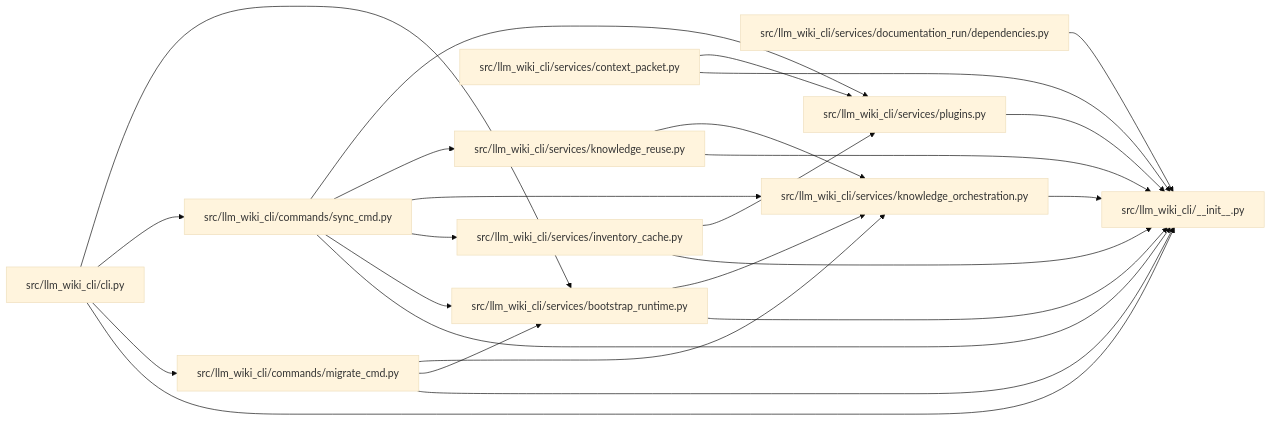
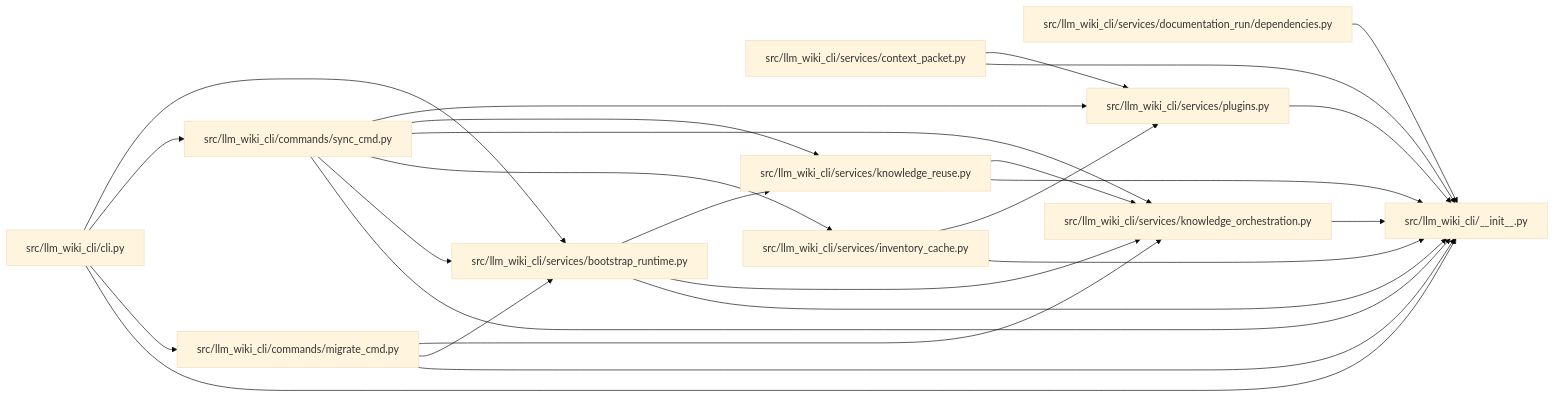
Before and after one commit to Denissvgn/python-wiki-llm: the diagram in docs/llm_wiki/modules/llm_wiki_cli___init__.md, drawn with Mermaid (base theme). The commit also changed 54 other files, not shown here.

````diff
--- a/docs/llm_wiki/modules/llm_wiki_cli___init__.md
+++ b/docs/llm_wiki/modules/llm_wiki_cli___init__.md
@@ -18,49 +18,50 @@
 ```mermaid
 flowchart LR
     n0["src/llm_wiki_cli/__init__.py"]
     n1["src/llm_wiki_cli/cli.py"]
     n2["src/llm_wiki_cli/commands/migrate_cmd.py"]
     n3["src/llm_wiki_cli/commands/sync_cmd.py"]
     n4["src/llm_wiki_cli/services/bootstrap_runtime.py"]
     n5["src/llm_wiki_cli/services/context_packet.py"]
     n6["src/llm_wiki_cli/services/documentation_run/dependencies.py"]
     n7["src/llm_wiki_cli/services/inventory_cache.py"]
     n8["src/llm_wiki_cli/services/knowledge_orchestration.py"]
     n9["src/llm_wiki_cli/services/knowledge_reuse.py"]
     n10["src/llm_wiki_cli/services/plugins.py"]
     n1 --> n0
     n1 --> n2
     n1 --> n3
     n1 --> n4
     n2 --> n0
     n2 --> n4
     n2 --> n8
     n3 --> n0
     n3 --> n4
     n3 --> n7
     n3 --> n8
     n3 --> n9
     n3 --> n10
     n4 --> n0
     n4 --> n8
+    n4 --> n9
     n5 --> n0
     n5 --> n10
     n6 --> n0
     n7 --> n0
     n7 --> n10
     n8 --> n0
     n9 --> n0
     n9 --> n8
     n10 --> n0
     click n0 "../modules/llm_wiki_cli___init__.md"
     click n1 "../modules/cli.md"
     click n2 "../modules/migrate_cmd.md"
     click n3 "../modules/sync_cmd.md"
     click n4 "../modules/bootstrap_runtime.md"
     click n5 "../modules/context_packet.md"
     click n6 "../modules/documentation_run_dependencies.md"
     click n7 "../modules/inventory_cache.md"
     click n8 "../modules/knowledge_orchestration.md"
     click n9 "../modules/knowledge_reuse.md"
     click n10 "../modules/plugins.md"
 ```
````
